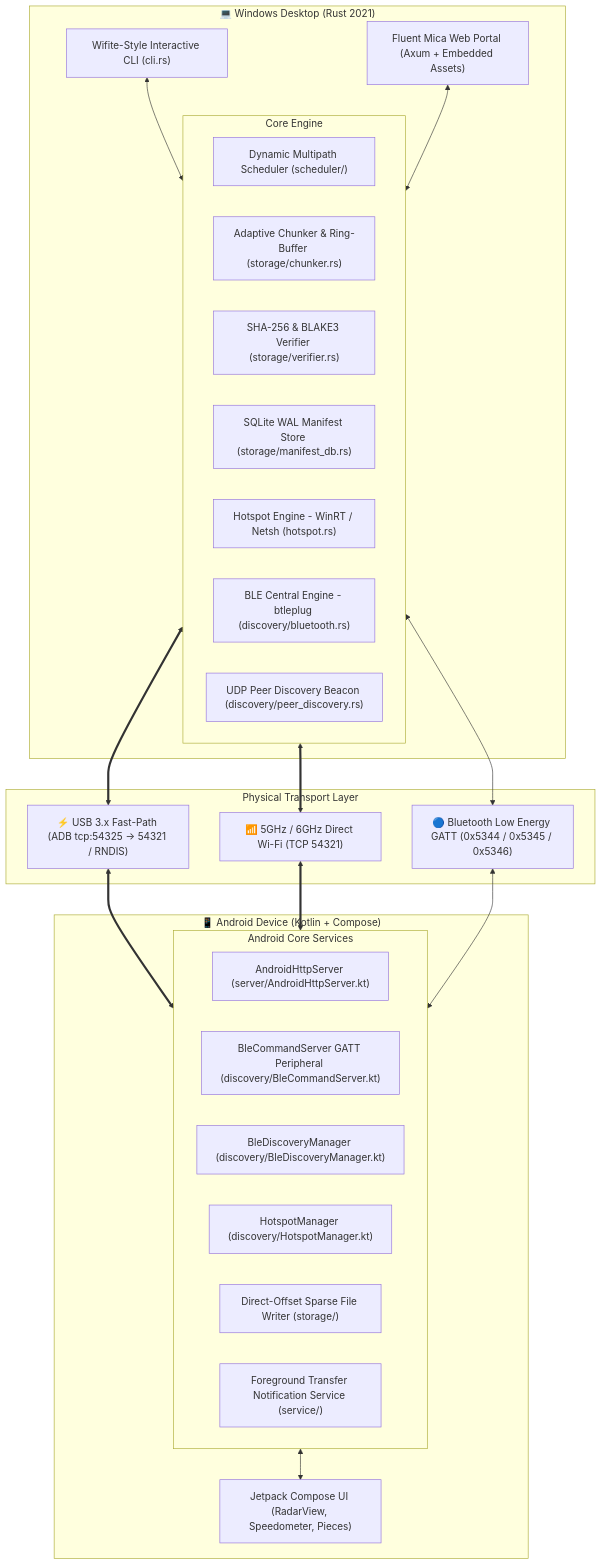
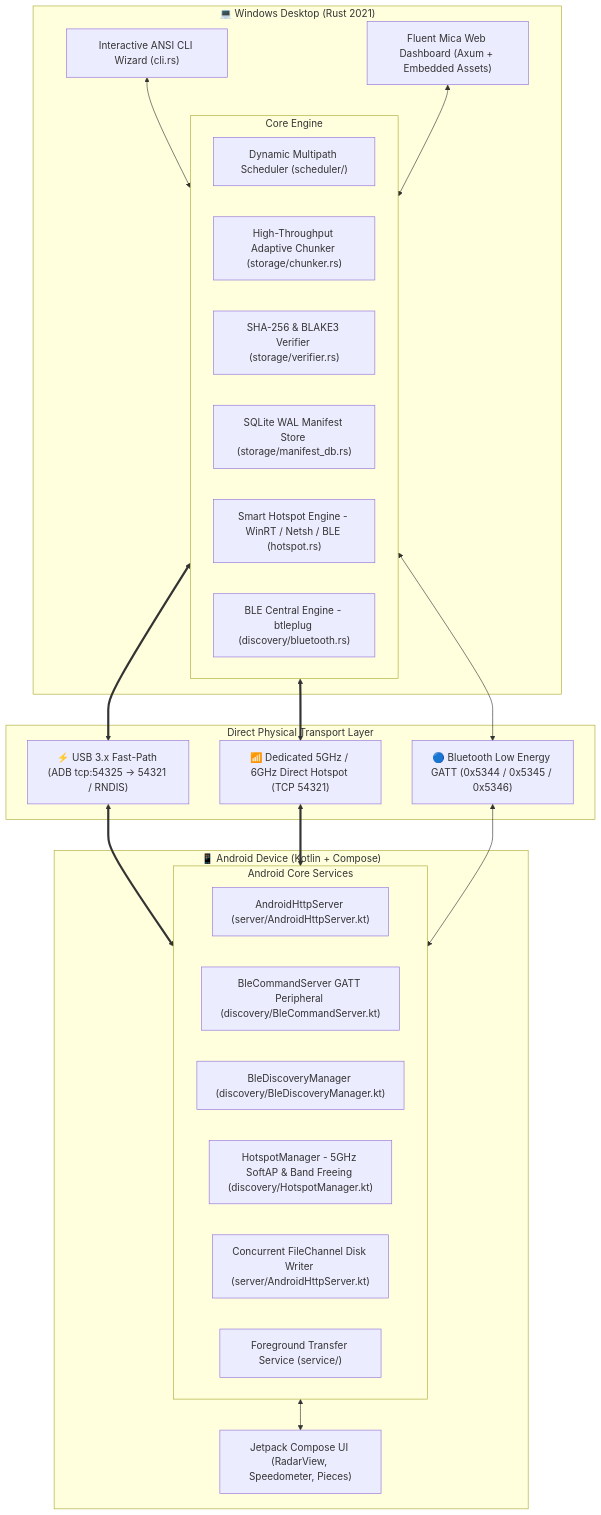
The first of 3 diagrams in HOW_IT_WORKS.md (SamSunny4/ShareDash), drawn with Mermaid before and after one commit. The commit also changed other lines of this file and 7 other files, not shown here.

````diff
--- a/HOW_IT_WORKS.md
+++ b/HOW_IT_WORKS.md
@@ -81,49 +85,48 @@
 ```mermaid
 graph TB
     subgraph WindowsPC ["💻 Windows Desktop (Rust 2021)"]
-        CLI["Wifite-Style Interactive CLI (cli.rs)"]
-        WebUI["Fluent Mica Web Portal (Axum + Embedded Assets)"]
+        CLI["Interactive ANSI CLI Wizard (cli.rs)"]
+        WebUI["Fluent Mica Web Dashboard (Axum + Embedded Assets)"]
         
         subgraph RustCore ["Core Engine"]
             Scheduler["Dynamic Multipath Scheduler (scheduler/)"]
-            Chunker["Adaptive Chunker & Ring-Buffer (storage/chunker.rs)"]
+            Chunker["High-Throughput Adaptive Chunker (storage/chunker.rs)"]
             Verifier["SHA-256 & BLAKE3 Verifier (storage/verifier.rs)"]
             ManifestDB["SQLite WAL Manifest Store (storage/manifest_db.rs)"]
-            HotspotMgr["Hotspot Engine - WinRT / Netsh (hotspot.rs)"]
+            HotspotMgr["Smart Hotspot Engine - WinRT / Netsh / BLE (hotspot.rs)"]
             BleScanner["BLE Central Engine - btleplug (discovery/bluetooth.rs)"]
-            UdpBeacon["UDP Peer Discovery Beacon (discovery/peer_discovery.rs)"]
         end
     end
 
-    subgraph Channels ["Physical Transport Layer"]
+    subgraph Channels ["Direct Physical Transport Layer"]
         USB_CH["⚡ USB 3.x Fast-Path (ADB tcp:54325 -> 54321 / RNDIS)"]
-        WIFI_CH["📶 5GHz / 6GHz Direct Wi-Fi (TCP 54321)"]
+        WIFI_CH["📶 Dedicated 5GHz / 6GHz Direct Hotspot (TCP 54321)"]
         BLE_CH["🔵 Bluetooth Low Energy GATT (0x5344 / 0x5345 / 0x5346)"]
     end
 
     subgraph AndroidDevice ["📱 Android Device (Kotlin + Compose)"]
         AndroidUI["Jetpack Compose UI (RadarView, Speedometer, Pieces)"]
         
         subgraph AndroidCore ["Android Core Services"]
             AndroidServer["AndroidHttpServer (server/AndroidHttpServer.kt)"]
             BleCmdServer["BleCommandServer GATT Peripheral (discovery/BleCommandServer.kt)"]
             BleAdvertiser["BleDiscoveryManager (discovery/BleDiscoveryManager.kt)"]
-            HotspotService["HotspotManager (discovery/HotspotManager.kt)"]
-            StorageWriter["Direct-Offset Sparse File Writer (storage/)"]
-            FGService["Foreground Transfer Notification Service (service/)"]
+            HotspotService["HotspotManager - 5GHz SoftAP & Band Freeing (discovery/HotspotManager.kt)"]
+            StorageWriter["Concurrent FileChannel Disk Writer (server/AndroidHttpServer.kt)"]
+            FGService["Foreground Transfer Service (service/)"]
         end
     end
 
     CLI <--> RustCore
     WebUI <--> RustCore
 
     RustCore <==> USB_CH
     RustCore <==> WIFI_CH
     RustCore <--> BLE_CH
 
     USB_CH <==> AndroidCore
     WIFI_CH <==> AndroidCore
     BLE_CH <--> AndroidCore
 
     AndroidCore <--> AndroidUI
 ```
````
